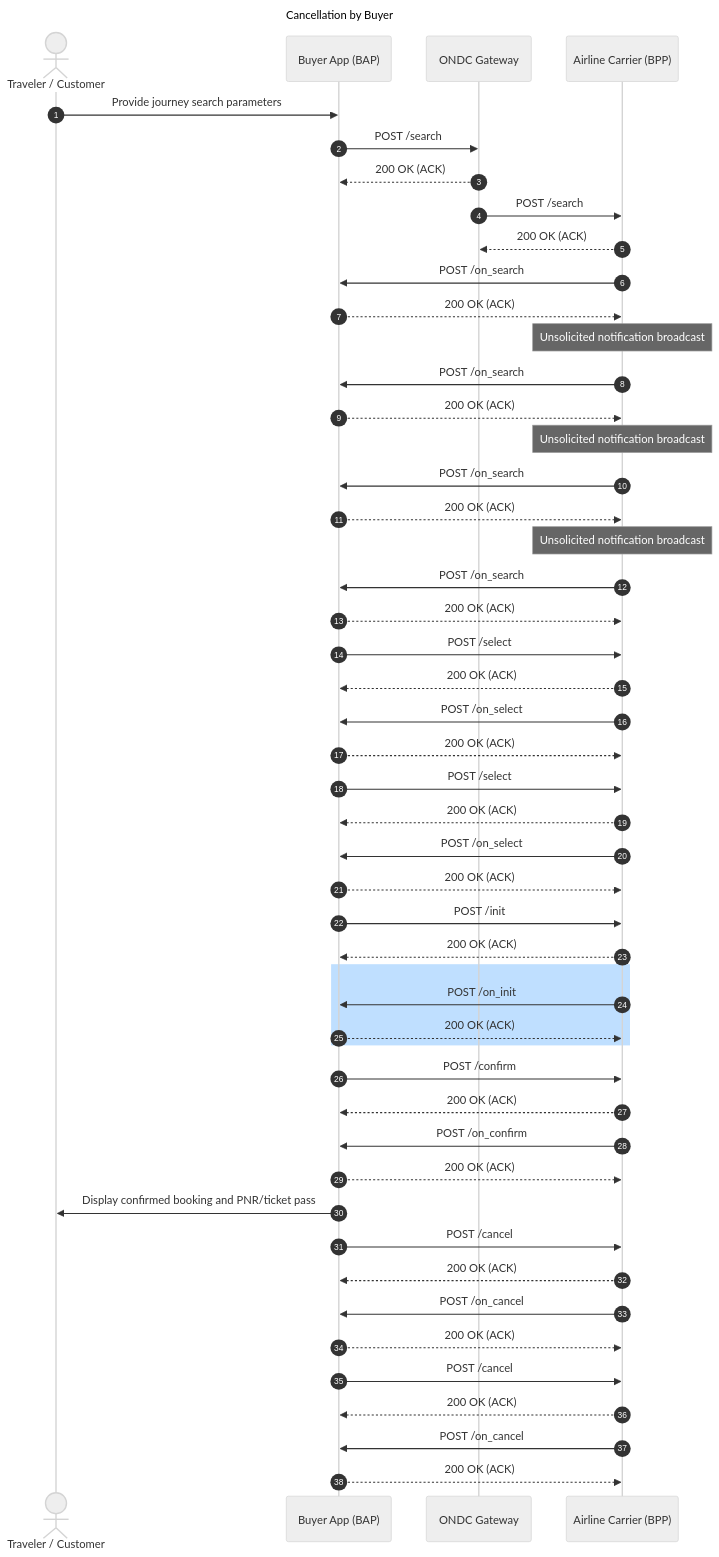
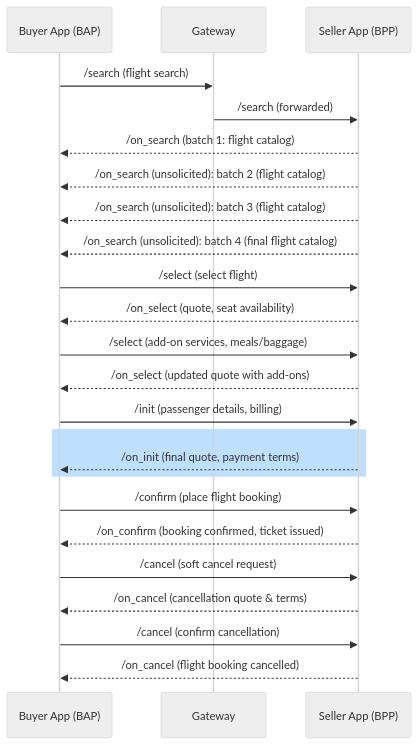
One commit to ONDC-Official/automation-specifications changed diagram 11 of 17 in config/docs/cancellation-by-buyer-sequence-diagrams.md. Above: the diagram before and after it, drawn with Mermaid (neutral theme). The commit also changed other lines of this file and 23 other files, not shown here.

````diff
--- a/config/docs/cancellation-by-buyer-sequence-diagrams.md
+++ b/config/docs/cancellation-by-buyer-sequence-diagrams.md
@@ -573,53 +302,26 @@
 ```mermaid
 sequenceDiagram
-    title Cancellation by Buyer
-    autonumber
-    actor User as Traveler / Customer
-    participant BAP as Buyer App (BAP)
-    participant BG as ONDC Gateway
-    participant BPP as Airline Carrier (BPP)
-
-    User->>BAP: Provide journey search parameters
-    BAP->>BG: POST /search
-    BG-->>BAP: 200 OK (ACK)
-    BG->>BPP: POST /search
-    BPP-->>BG: 200 OK (ACK)
-    BPP->>BAP: POST /on_search
-    BAP-->>BPP: 200 OK (ACK)
-    Note over BPP: Unsolicited notification broadcast
-    BPP->>BAP: POST /on_search
-    BAP-->>BPP: 200 OK (ACK)
-    Note over BPP: Unsolicited notification broadcast
-    BPP->>BAP: POST /on_search
-    BAP-->>BPP: 200 OK (ACK)
-    Note over BPP: Unsolicited notification broadcast
-    BPP->>BAP: POST /on_search
-    BAP-->>BPP: 200 OK (ACK)
-    BAP->>BPP: POST /select
-    BPP-->>BAP: 200 OK (ACK)
-    BPP->>BAP: POST /on_select
-    BAP-->>BPP: 200 OK (ACK)
-    BAP->>BPP: POST /select
-    BPP-->>BAP: 200 OK (ACK)
-    BPP->>BAP: POST /on_select
-    BAP-->>BPP: 200 OK (ACK)
-    BAP->>BPP: POST /init
-    BPP-->>BAP: 200 OK (ACK)
-    rect rgb(191, 223, 255)
-    BPP->>BAP: POST /on_init
-    BAP-->>BPP: 200 OK (ACK)
-    end
-    BAP->>BPP: POST /confirm
-    BPP-->>BAP: 200 OK (ACK)
-    BPP->>BAP: POST /on_confirm
-    BAP-->>BPP: 200 OK (ACK)
-    BAP->>User: Display confirmed booking and PNR/ticket pass
-    BAP->>BPP: POST /cancel
-    BPP-->>BAP: 200 OK (ACK)
-    BPP->>BAP: POST /on_cancel
-    BAP-->>BPP: 200 OK (ACK)
-    BAP->>BPP: POST /cancel
-    BPP-->>BAP: 200 OK (ACK)
-    BPP->>BAP: POST /on_cancel
-    BAP-->>BPP: 200 OK (ACK)
+  participant Buyer App (BAP)
+  participant Gateway
+  participant Seller App (BPP)
+  Buyer App (BAP)->>Gateway: /search (flight search)
+  Gateway->>Seller App (BPP): /search (forwarded)
+  Seller App (BPP)-->>Buyer App (BAP): /on_search (batch 1: flight catalog)
+  Seller App (BPP)-->>Buyer App (BAP): /on_search (unsolicited): batch 2 (flight catalog)
+  Seller App (BPP)-->>Buyer App (BAP): /on_search (unsolicited): batch 3 (flight catalog)
+  Seller App (BPP)-->>Buyer App (BAP): /on_search (unsolicited): batch 4 (final flight catalog)
+  Buyer App (BAP)->>Seller App (BPP): /select (select flight)
+  Seller App (BPP)-->>Buyer App (BAP): /on_select (quote, seat availability)
+  Buyer App (BAP)->>Seller App (BPP): /select (add-on services, meals/baggage)
+  Seller App (BPP)-->>Buyer App (BAP): /on_select (updated quote with add-ons)
+  Buyer App (BAP)->>Seller App (BPP): /init (passenger details, billing)
+  rect rgb(191, 223, 255)
+  Seller App (BPP)-->>Buyer App (BAP): /on_init (final quote, payment terms)
+  end
+  Buyer App (BAP)->>Seller App (BPP): /confirm (place flight booking)
+  Seller App (BPP)-->>Buyer App (BAP): /on_confirm (booking confirmed, ticket issued)
+  Buyer App (BAP)->>Seller App (BPP): /cancel (soft cancel request)
+  Seller App (BPP)-->>Buyer App (BAP): /on_cancel (cancellation quote & terms)
+  Buyer App (BAP)->>Seller App (BPP): /cancel (confirm cancellation)
+  Seller App (BPP)-->>Buyer App (BAP): /on_cancel (flight booking cancelled)
 ```
````
